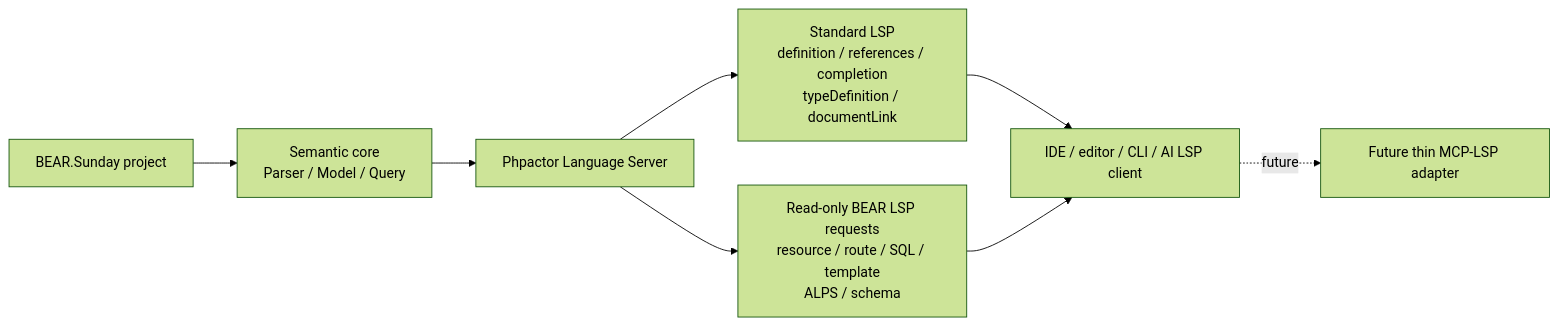
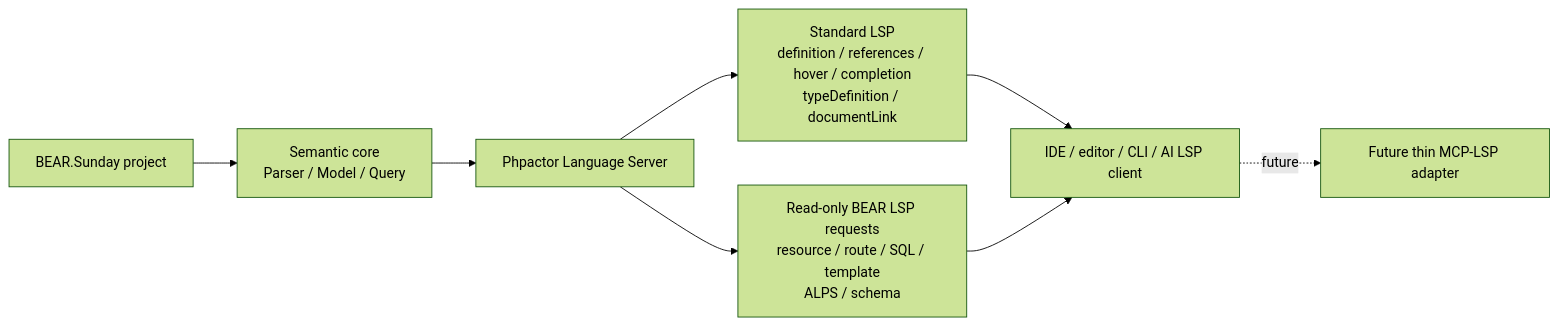
The first of 2 diagrams in docs/semantic-lsp-progress.ja.md (suzumaze/bear-phpactor-extension), drawn with Mermaid (forest theme) before and after one commit. The commit also changed other lines of this file and 7 other files, not shown here.

Commit message:
feat: expose resource facts through standard hover

````diff
--- a/docs/semantic-lsp-progress.ja.md
+++ b/docs/semantic-lsp-progress.ja.md
@@ -10,15 +10,15 @@
 ```mermaid
 flowchart LR
     project["BEAR.Sunday project"]
     core["Semantic core\nParser / Model / Query"]
     phpactor["Phpactor Language Server"]
-    standard["Standard LSP\ndefinition / references / completion\ntypeDefinition / documentLink"]
+    standard["Standard LSP\ndefinition / references / hover / completion\ntypeDefinition / documentLink"]
     custom["Read-only BEAR LSP requests\nresource / route / SQL / template\nALPS / schema"]
     clients["IDE / editor / CLI / AI LSP client"]
     mcp["Future thin MCP-LSP adapter"]
 
     project --> core --> phpactor
     phpactor --> standard --> clients
     phpactor --> custom --> clients
     clients -. future .-> mcp
 ```
````
